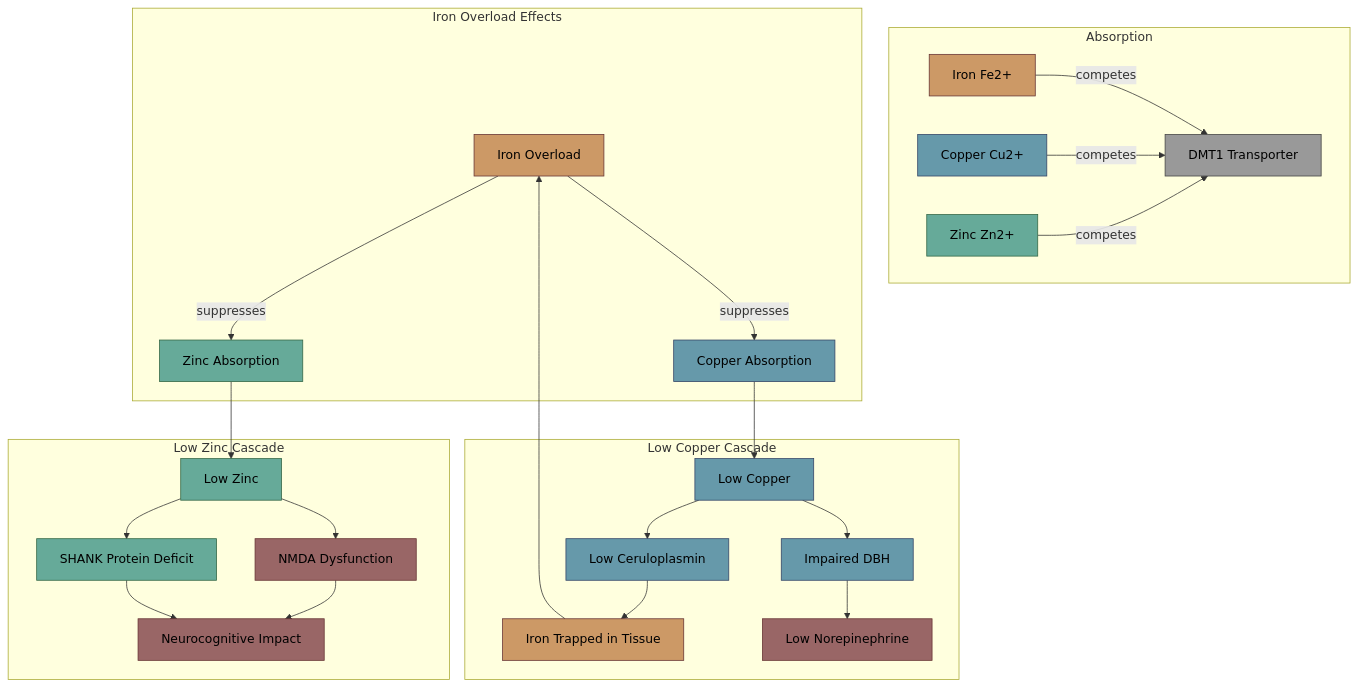
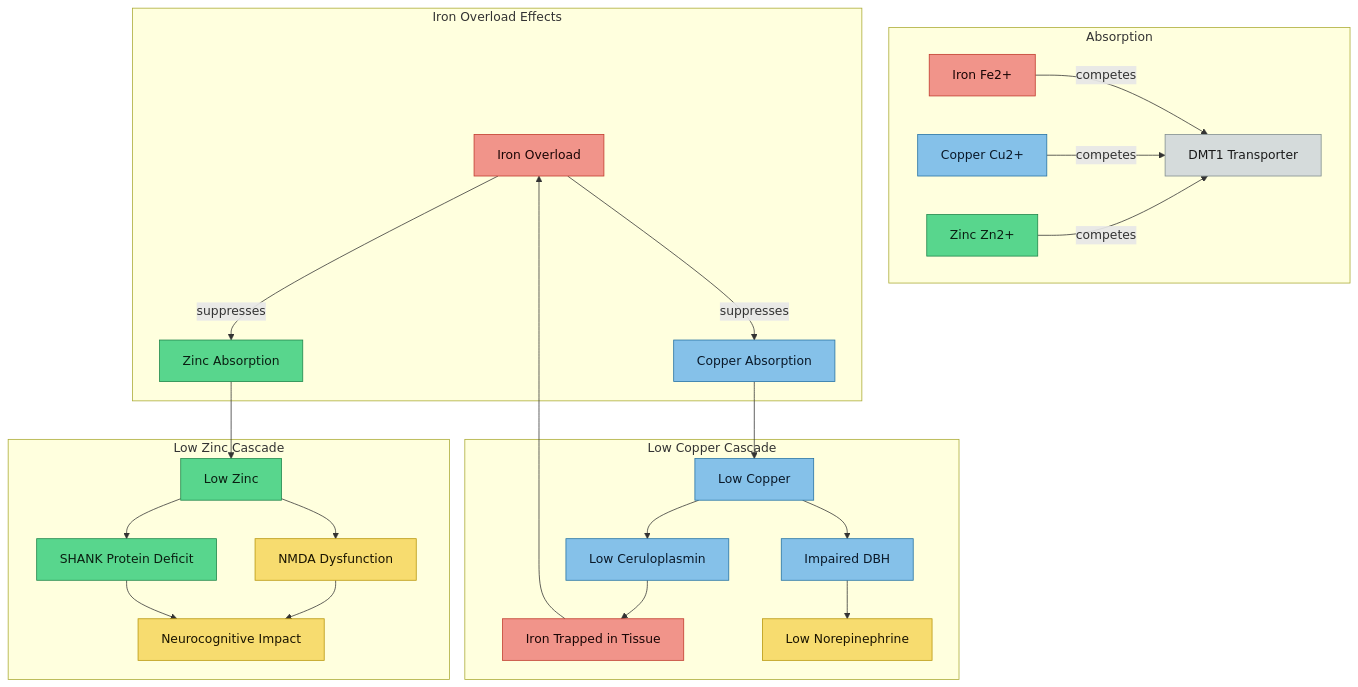
The diagram in minerals/Copper-Zinc-Iron Interactions.md (Aegis-commits/ag-hfe-adhd-asd-research), drawn with Mermaid before and after one commit. The commit also changed 39 other files, not shown here.

First line of the commit message:
docs(vault): standardise diagram colours for light-mode readability, add MOC quick nav

````diff
--- a/minerals/Copper-Zinc-Iron Interactions.md
+++ b/minerals/Copper-Zinc-Iron Interactions.md
@@ -29,44 +29,44 @@
 ```mermaid
 flowchart TD
     subgraph Absorption
         DMT1[DMT1 Transporter]
         Fe[Iron Fe2+] -->|competes| DMT1
         Cu[Copper Cu2+] -->|competes| DMT1
         Zn[Zinc Zn2+] -->|competes| DMT1
     end
 
     subgraph Iron Overload Effects
         IO[Iron Overload] -->|suppresses| CuAbs[Copper Absorption]
         IO -->|suppresses| ZnAbs[Zinc Absorption]
     end
 
     subgraph Low Copper Cascade
         LowCu[Low Copper] --> LowCp[Low Ceruloplasmin]
         LowCp --> IronTrapping[Iron Trapped in Tissue]
         LowCu --> LowDBH[Impaired DBH]
         LowDBH --> LowNE[Low Norepinephrine]
     end
 
     subgraph Low Zinc Cascade
         LowZn[Low Zinc] --> NMDA[NMDA Dysfunction]
         LowZn --> SHANK[SHANK Protein Deficit]
         NMDA --> NeuroCog[Neurocognitive Impact]
         SHANK --> NeuroCog
     end
 
     CuAbs --> LowCu
     ZnAbs --> LowZn
     IronTrapping --> IO
 
-    classDef iron fill:#c96,stroke:#633,color:#000
-    classDef copper fill:#69a,stroke:#346,color:#000
-    classDef zinc fill:#6a9,stroke:#364,color:#000
-    classDef outcome fill:#966,stroke:#633,color:#000
-    classDef transporter fill:#999,stroke:#444,color:#000
+    classDef iron fill:#f1948a,stroke:#c0392b,color:#1a0505
+    classDef copper fill:#85c1e9,stroke:#2471a3,color:#0a1929
+    classDef zinc fill:#58d68d,stroke:#1e8449,color:#0a1f12
+    classDef outcome fill:#f7dc6f,stroke:#b7950b,color:#1a1400
+    classDef transporter fill:#d5dbdb,stroke:#7f8c8d,color:#1a1a1a
 
     class Fe,IO,IronTrapping iron
     class Cu,CuAbs,LowCu,LowCp,LowDBH copper
     class Zn,ZnAbs,LowZn,SHANK zinc
     class LowNE,NeuroCog,NMDA outcome
     class DMT1 transporter
 ```
````
